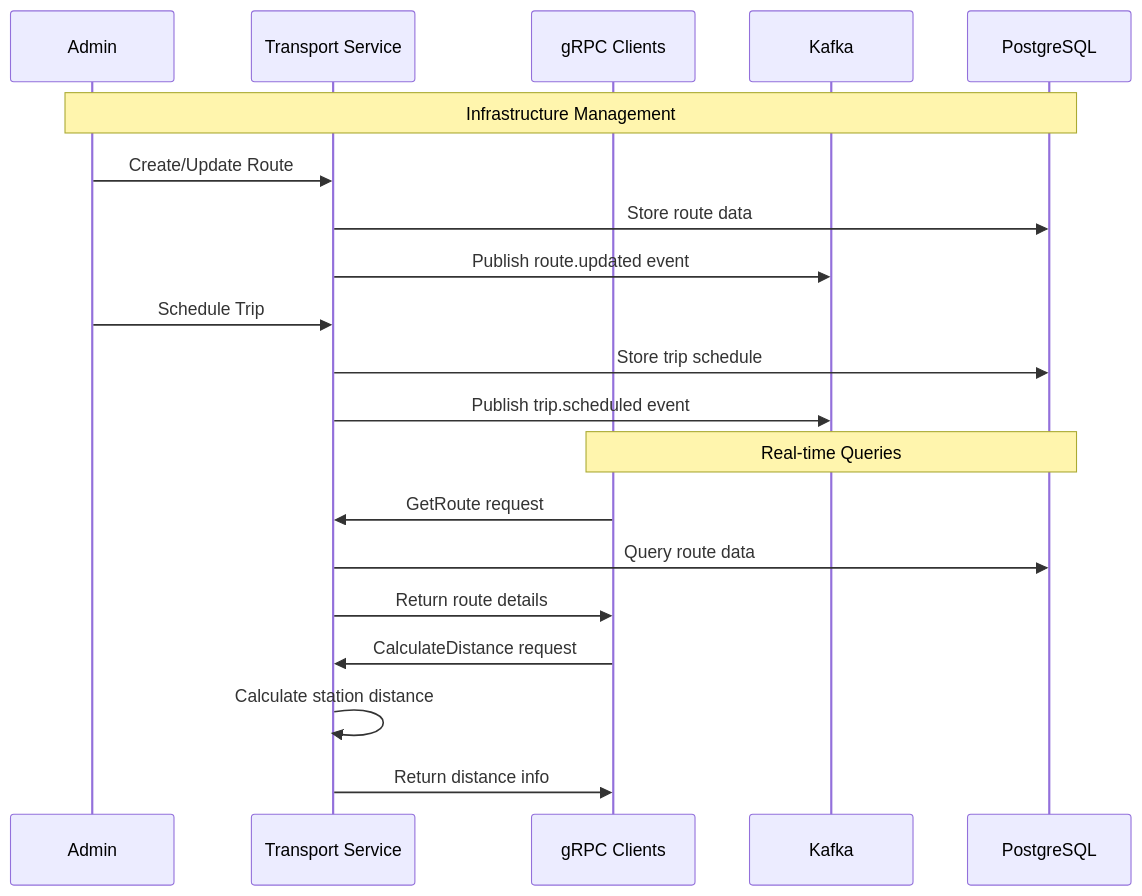
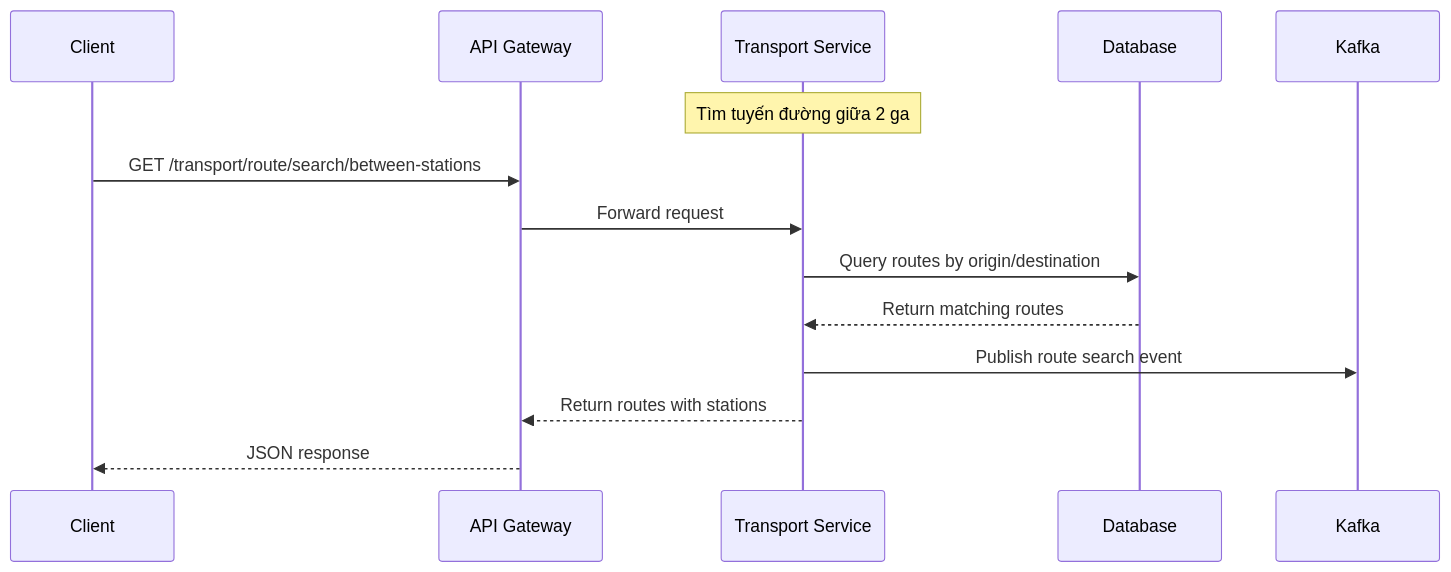
The first of 3 diagrams in transport-service/README.md (NamPhAm-Work423/Metro-backend), drawn with Mermaid before and after one commit. The commit also changed other lines of this file and 20 other files, not shown here.

````diff
--- a/transport-service/README.md
+++ b/transport-service/README.md
@@ -241,28 +13,16 @@
 ```mermaid
 sequenceDiagram
-    participant A as Admin
-    participant T as Transport Service
-    participant gRPC as gRPC Clients
-    participant K as Kafka
-    participant DB as PostgreSQL
-
-    Note over A,DB: Infrastructure Management
-
-    A->>T: Create/Update Route
-    T->>DB: Store route data
-    T->>K: Publish route.updated event
-    
-    A->>T: Schedule Trip
-    T->>DB: Store trip schedule
-    T->>K: Publish trip.scheduled event
-    
-    Note over gRPC,DB: Real-time Queries
-    
-    gRPC->>T: GetRoute request
-    T->>DB: Query route data
-    T->>gRPC: Return route details
-    
-    gRPC->>T: CalculateDistance request
-    T->>T: Calculate station distance
-    T->>gRPC: Return distance info
+  participant Client
+  participant API Gateway
+  participant Transport Service
+  participant Database
+  participant Kafka
+  Note over Transport Service: Tìm tuyến đường giữa 2 ga
+  Client->>API Gateway: GET /transport/route/search/between-stations
+  API Gateway->>Transport Service: Forward request
+  Transport Service->>Database: Query routes by origin/destination
+  Database-->>Transport Service: Return matching routes
+  Transport Service->>Kafka: Publish route search event
+  Transport Service-->>API Gateway: Return routes with stations
+  API Gateway-->>Client: JSON response
 ```
````
